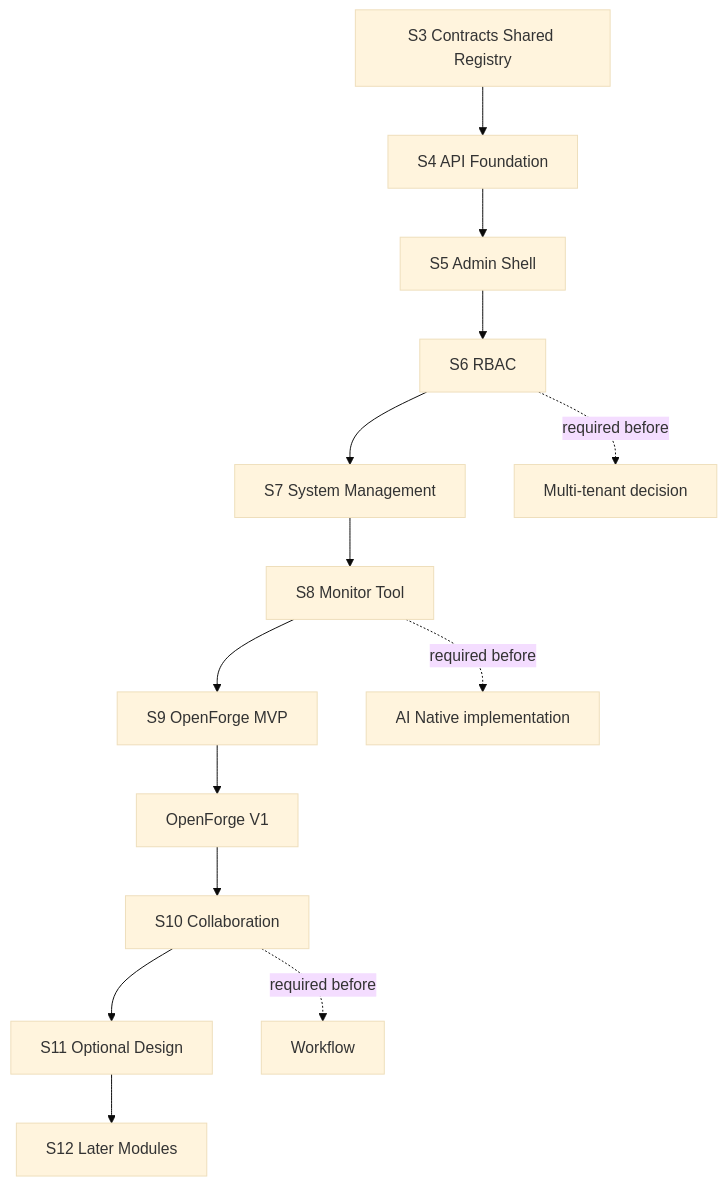
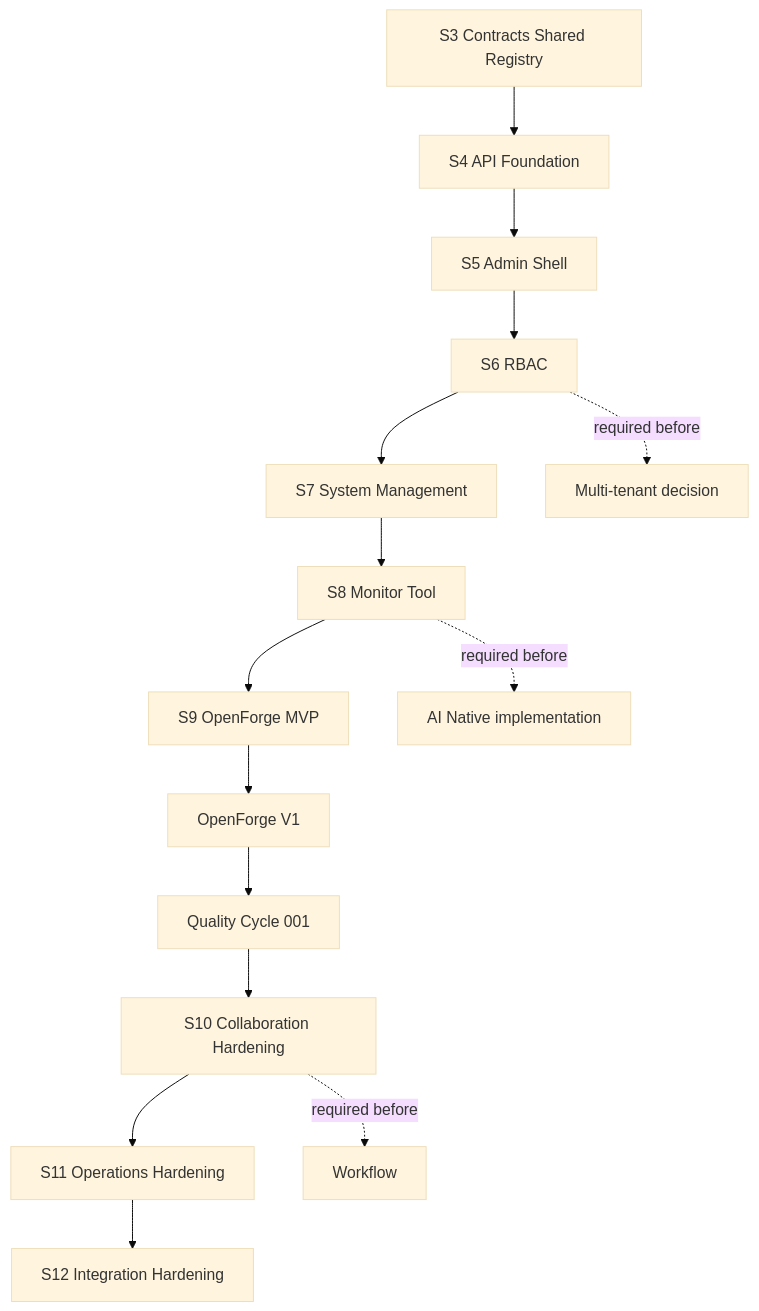
One commit to Gan-Xing/OpenCore changed the third of 3 diagrams in docs/strategy/staged-roadmap.md. Above: the diagram before and after it, drawn with Mermaid (base theme). The commit also changed other lines of this file and 11 other files, not shown here.

First line of the commit message:
docs(roadmap): document module admission boundaries / 记录模块准入边界

````diff
--- a/docs/strategy/staged-roadmap.md
+++ b/docs/strategy/staged-roadmap.md
@@ -77,16 +80,17 @@
 ```mermaid
 flowchart TD
   S3[S3 Contracts Shared Registry] --> S4[S4 API Foundation]
   S4 --> S5[S5 Admin Shell]
   S5 --> S6[S6 RBAC]
   S6 --> S7[S7 System Management]
   S7 --> S8[S8 Monitor Tool]
   S8 --> S9[S9 OpenForge MVP]
   S9 --> V1[OpenForge V1]
-  V1 --> S10[S10 Collaboration]
-  S10 --> S11[S11 Optional Design]
-  S11 --> S12[S12 Later Modules]
+  V1 --> Q001[Quality Cycle 001]
+  Q001 --> S10[S10 Collaboration Hardening]
+  S10 --> S11[S11 Operations Hardening]
+  S11 --> S12[S12 Integration Hardening]
   S6 -. required before .-> TENANT[Multi-tenant decision]
   S10 -. required before .-> WORKFLOW[Workflow]
   S8 -. required before .-> AI[AI Native implementation]
 ```
````
